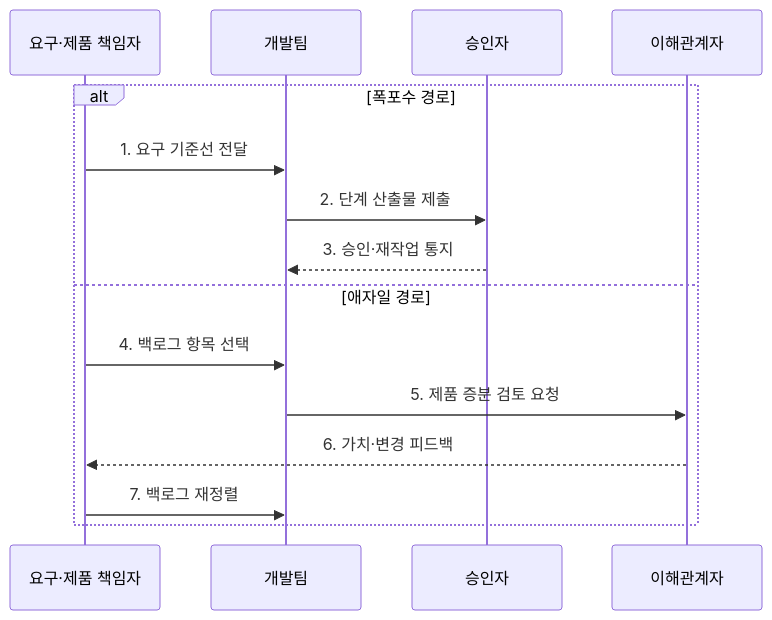
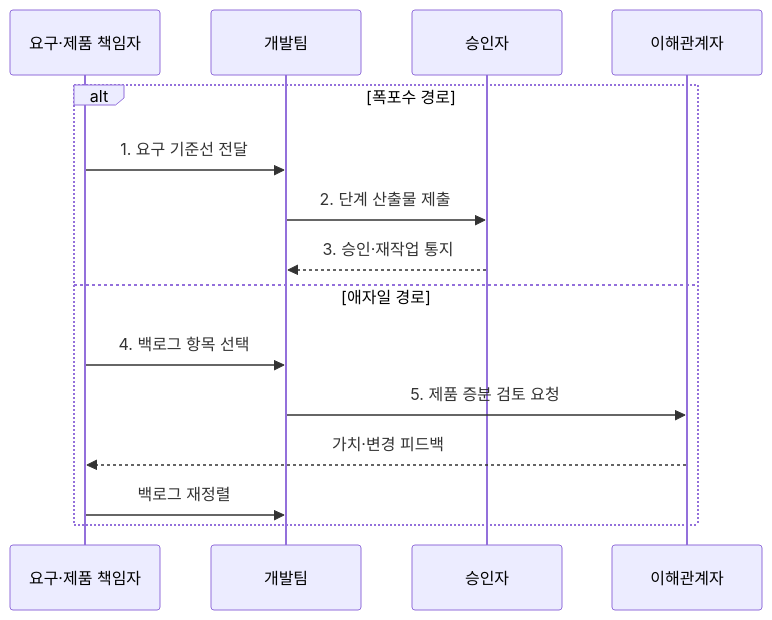
The second of 2 diagrams in src/content/docs/notes/03-software/031_waterfall_vs_agile.md (agnusdei1207/knowledge-base), drawn with Mermaid before and after one commit. The commit also changed other lines of this file and 238 other files, not shown here.

````diff
--- a/src/content/docs/notes/03-software/031_waterfall_vs_agile.md
+++ b/src/content/docs/notes/03-software/031_waterfall_vs_agile.md
@@ -82,17 +84,17 @@
 ```mermaid
 sequenceDiagram
     participant O as 요구·제품 책임자
     participant D as 개발팀
     participant A as 승인자
     participant S as 이해관계자
     alt 폭포수 경로
         O->>D: 1. 요구 기준선 전달
         D->>A: 2. 단계 산출물 제출
         A-->>D: 3. 승인·재작업 통지
     else 애자일 경로
         O->>D: 4. 백로그 항목 선택
         D->>S: 5. 제품 증분 검토 요청
-        S-->>O: 6. 가치·변경 피드백
-        O->>D: 7. 백로그 재정렬
+        S-->>O: 가치·변경 피드백
+        O->>D: 백로그 재정렬
     end
 ```
````
